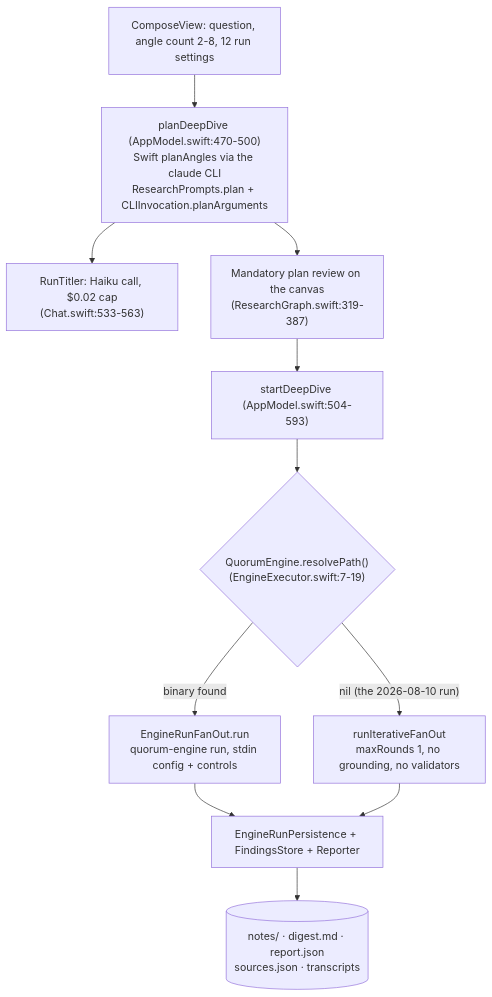
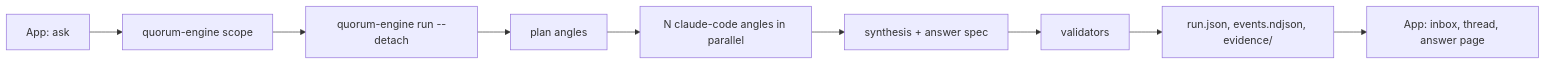
The diagram in docs/architecture/current-architecture.md (krzysztoff1/quorum), drawn with Mermaid before and after one commit. The commit also changed other lines of this file and 2 other files, not shown here.

Commit message:
Describe what is left in the README, the engine README and the current architecture page

````diff
--- a/docs/architecture/current-architecture.md
+++ b/docs/architecture/current-architecture.md
@@ -25,13 +9,11 @@
 ```mermaid
-flowchart TD
-  C["ComposeView: question, angle count 2-8, 12 run settings"] --> PL["planDeepDive (AppModel.swift:470-500)<br/>Swift planAngles via the claude CLI<br/>ResearchPrompts.plan + CLIInvocation.planArguments"]
-  PL --> T["RunTitler: Haiku call, $0.02 cap<br/>(Chat.swift:533-563)"]
-  PL --> RV["Mandatory plan review on the canvas<br/>(ResearchGraph.swift:319-387)"]
-  RV --> SD["startDeepDive (AppModel.swift:504-593)"]
-  SD --> D{"QuorumEngine.resolvePath()<br/>(EngineExecutor.swift:7-19)"}
-  D -- "binary found" --> E["EngineRunFanOut.run<br/>quorum-engine run, stdin config + controls"]
-  D -- "nil (the 2026-08-10 run)" --> F["runIterativeFanOut<br/>maxRounds 1, no grounding, no validators"]
-  E --> P1["EngineRunPersistence + FindingsStore + Reporter"]
-  F --> P1
-  P1 --> A[("notes/ · digest.md · report.json<br/>sources.json · transcripts")]
+flowchart LR
+  A["App: ask"] --> S["quorum-engine scope"]
+  S --> R["quorum-engine run --detach"]
+  R --> P["plan angles"]
+  P --> F["N claude-code angles in parallel"]
+  F --> Y["synthesis + answer spec"]
+  Y --> V["validators"]
+  V --> J["run.json, events.ndjson, evidence/"]
+  J --> U["App: inbox, thread, answer page"]
 ```
````
